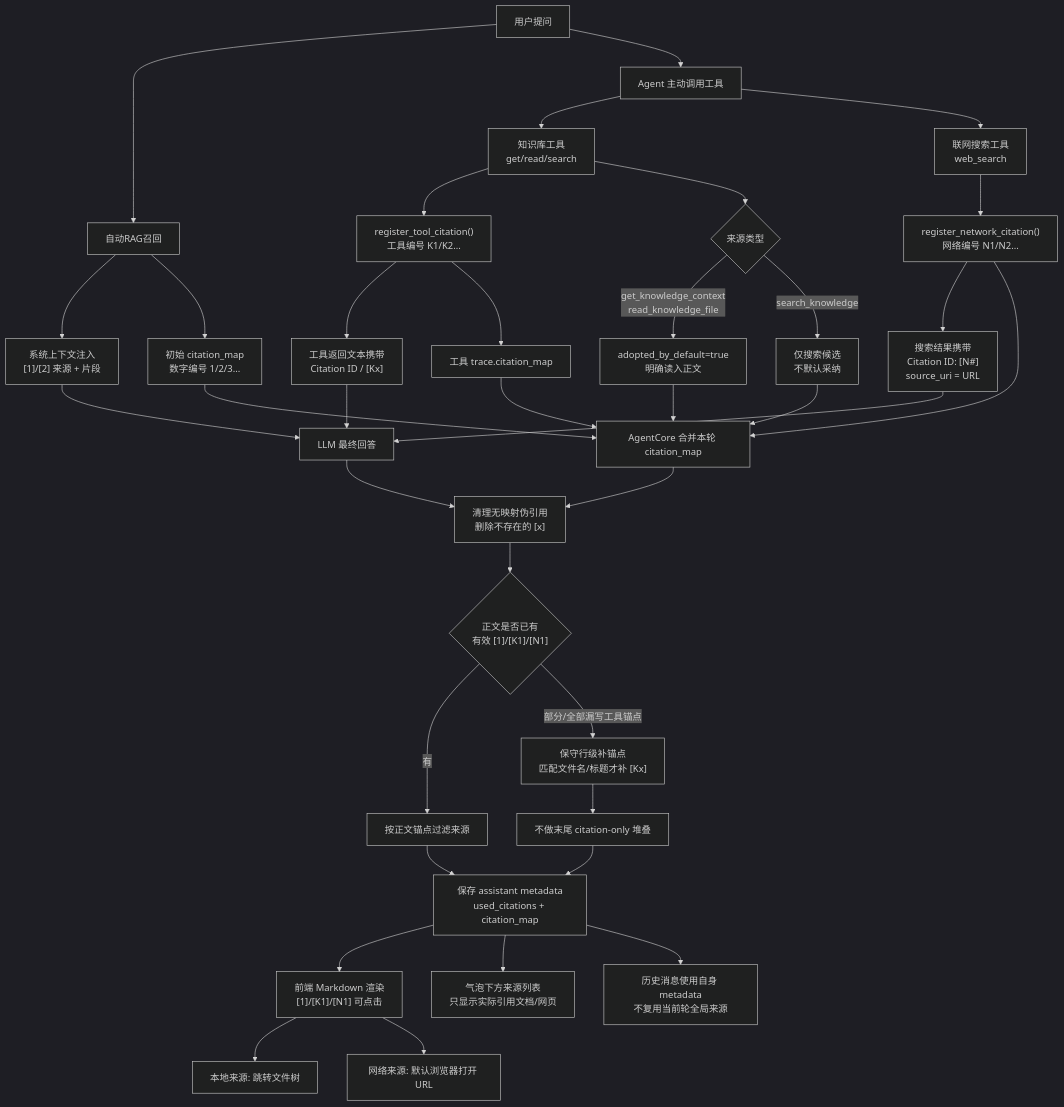
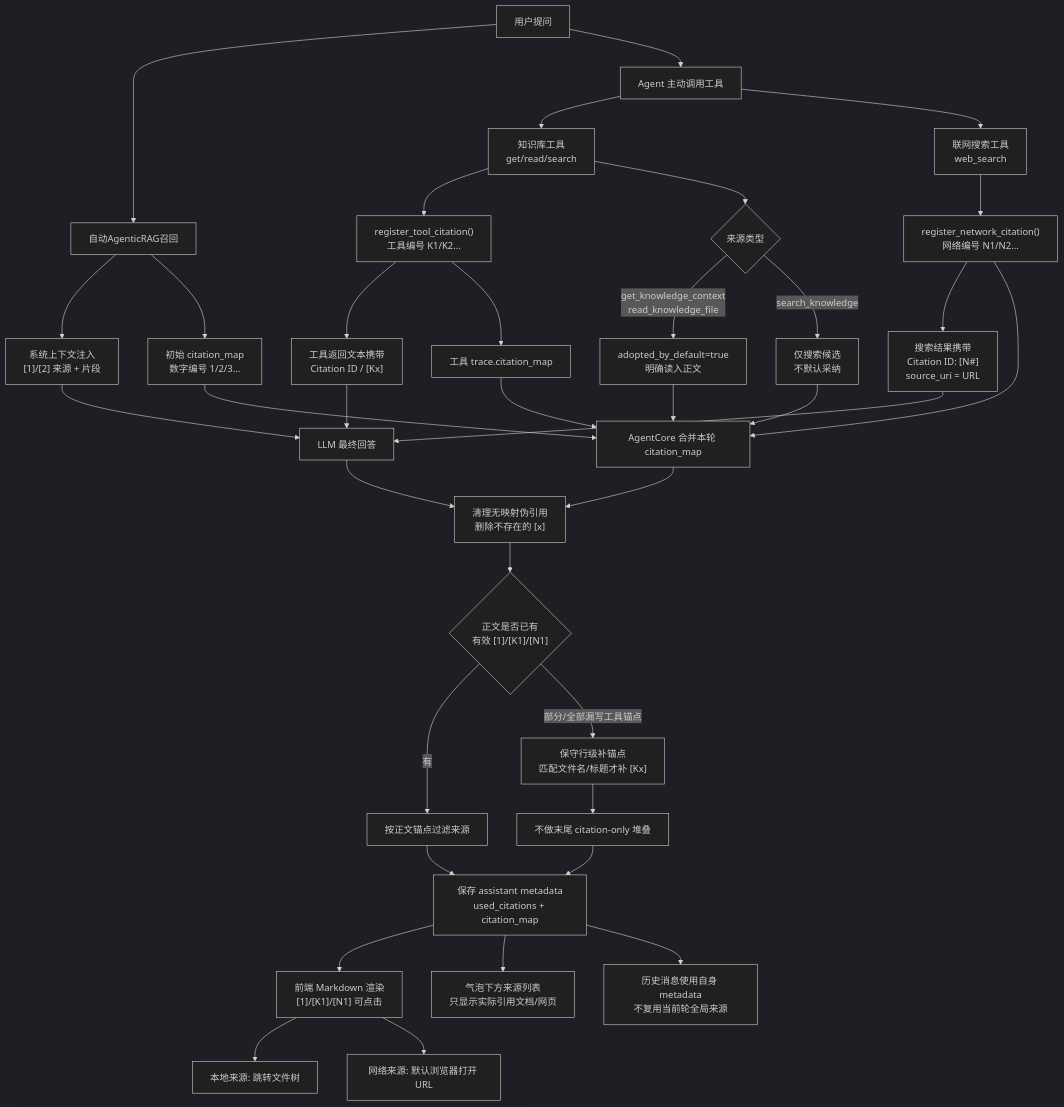
One commit to xiao-Huahuo/MetaWeave changed diagram 24 of 25 in docs/WORKFLOW.md. Above: the diagram before and after it, drawn with Mermaid (dark theme). The commit also changed other lines of this file and 24 other files, not shown here.

````diff
--- a/docs/WORKFLOW.md
+++ b/docs/WORKFLOW.md
@@ -665,42 +665,42 @@
 ```mermaid
 flowchart TD
-    A["用户提问"] --> B["自动RAG召回"]
+    A["用户提问"] --> B["自动AgenticRAG召回"]
     B --> C["系统上下文注入<br/>[1]/[2] 来源 + 片段"]
     B --> D["初始 citation_map<br/>数字编号 1/2/3..."]
 
     A --> E["Agent 主动调用工具"]
     E --> F["知识库工具<br/>get/read/search"]
     F --> G["register_tool_citation()<br/>工具编号 K1/K2..."]
     G --> H["工具返回文本携带<br/>Citation ID / [Kx]"]
     G --> I["工具 trace.citation_map"]
     F --> Q{"来源类型"}
     Q -->|"get_knowledge_context<br/>read_knowledge_file"| R["adopted_by_default=true<br/>明确读入正文"]
     Q -->|"search_knowledge"| S["仅搜索候选<br/>不默认采纳"]
 
     E --> X["联网搜索工具<br/>web_search"]
     X --> Y["register_network_citation()<br/>网络编号 N1/N2..."]
     Y --> Z["搜索结果携带<br/>Citation ID: [N#]<br/>source_uri = URL"]
 
     D --> J["AgentCore 合并本轮 citation_map"]
     I --> J
     R --> J
     S --> J
     Y --> J
     C --> K["LLM 最终回答"]
     H --> K
     Z --> K
 
     K --> L["清理无映射伪引用<br/>删除不存在的 [x]"]
     J --> L
     L --> M{"正文是否已有<br/>有效 [1]/[K1]/[N1]"}
     M -->|"有"| N["按正文锚点过滤来源"]
     M -->|"部分/全部漏写工具锚点"| O["保守行级补锚点<br/>匹配文件名/标题才补 [Kx]"]
     O --> P["不做末尾 citation-only 堆叠"]
     N --> T["保存 assistant metadata<br/>used_citations + citation_map"]
     P --> T
     T --> U["前端 Markdown 渲染<br/>[1]/[K1]/[N1] 可点击"]
     U --> U1["本地来源: 跳转文件树"]
     U --> U2["网络来源: 默认浏览器打开 URL"]
     T --> V["气泡下方来源列表<br/>只显示实际引用文档/网页"]
     T --> W["历史消息使用自身 metadata<br/>不复用当前轮全局来源"]
 ```
````
